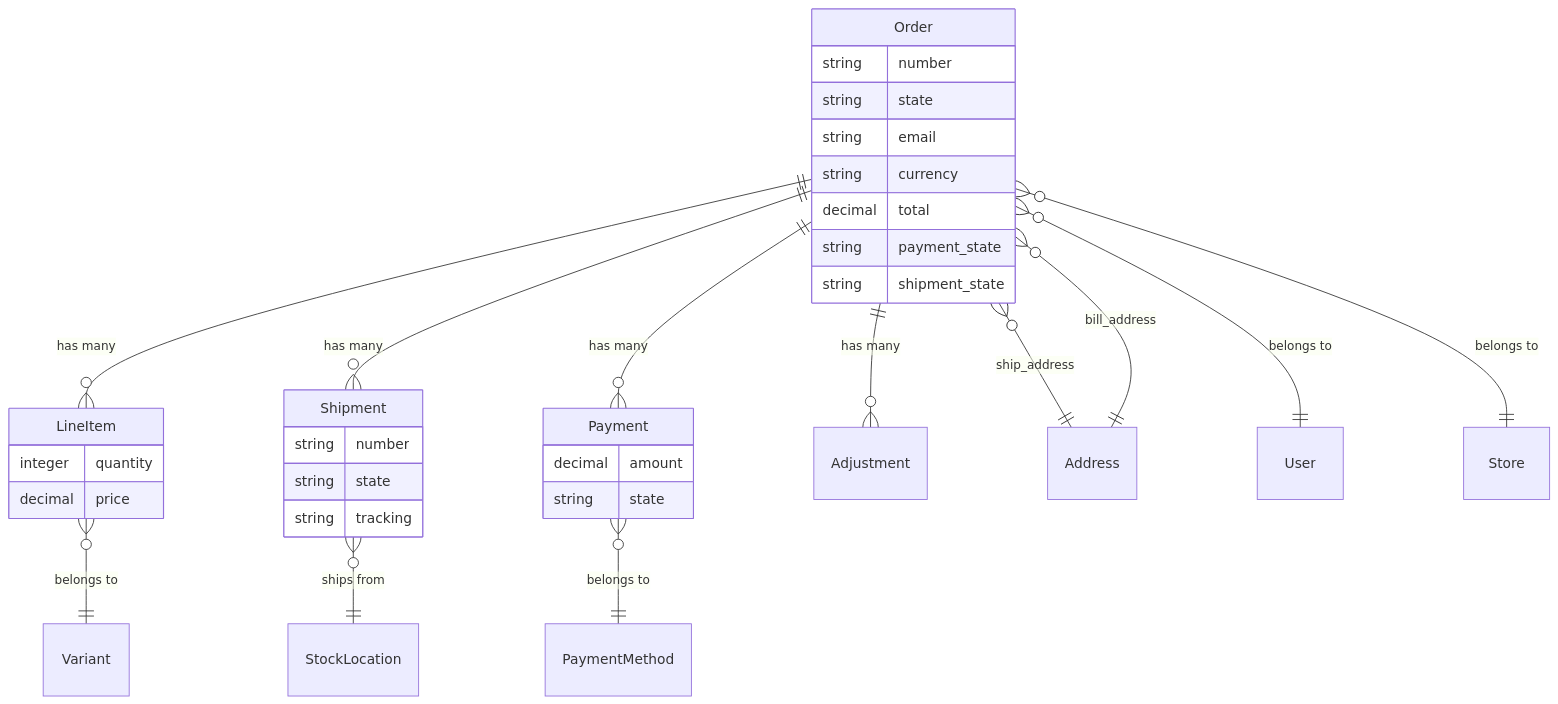
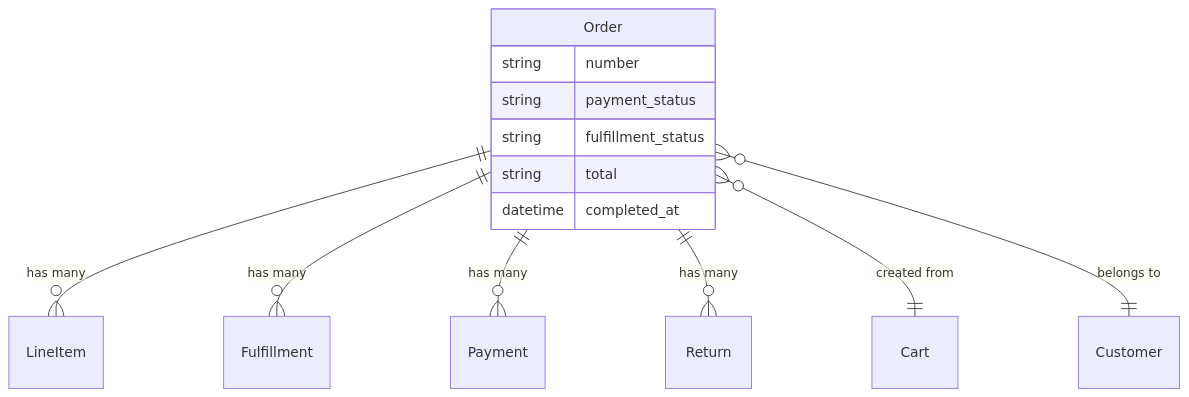
The diagram in docs/developer/core-concepts/orders.mdx (spree/spree), drawn with Mermaid before and after one commit. The commit also changed other lines of this file and 409 other files, not shown here.

````diff
--- a/docs/developer/core-concepts/orders.mdx
+++ b/docs/developer/core-concepts/orders.mdx
@@ -10,40 +10,17 @@
 ```mermaid
 erDiagram
     Order ||--o{ LineItem : "has many"
-    Order ||--o{ Shipment : "has many"
+    Order ||--o{ Fulfillment : "has many"
     Order ||--o{ Payment : "has many"
-    Order ||--o{ Adjustment : "has many"
-    Order }o--|| Address : "ship_address"
-    Order }o--|| Address : "bill_address"
-    Order }o--|| User : "belongs to"
-    Order }o--|| Store : "belongs to"
-    LineItem }o--|| Variant : "belongs to"
-    Shipment }o--|| StockLocation : "ships from"
-    Payment }o--|| PaymentMethod : "belongs to"
+    Order ||--o{ Return : "has many"
+    Order }o--|| Cart : "created from"
+    Order }o--|| Customer : "belongs to"
 
     Order {
         string number
-        string state
-        string email
-        string currency
-        decimal total
-        string payment_state
-        string shipment_state
-    }
-
-    LineItem {
-        integer quantity
-        decimal price
-    }
-
-    Shipment {
-        string number
-        string state
-        string tracking
-    }
-
-    Payment {
-        decimal amount
-        string state
+        string payment_status
+        string fulfillment_status
+        string total
+        datetime completed_at
     }
 ```
````
